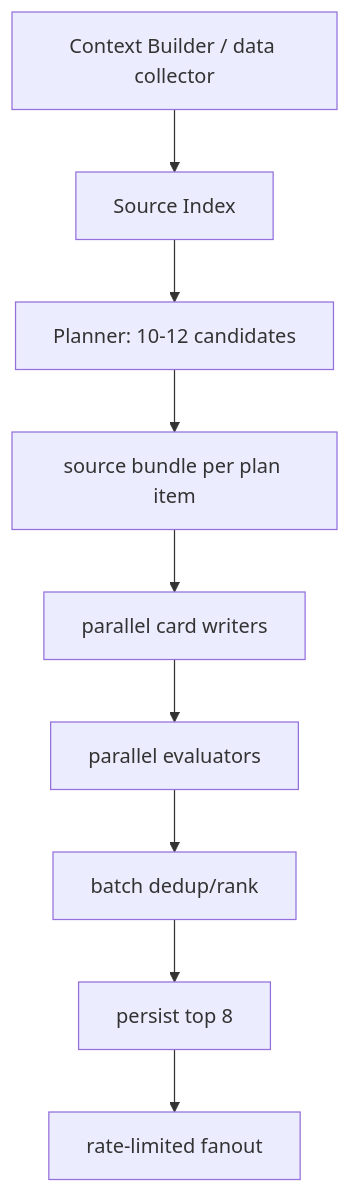
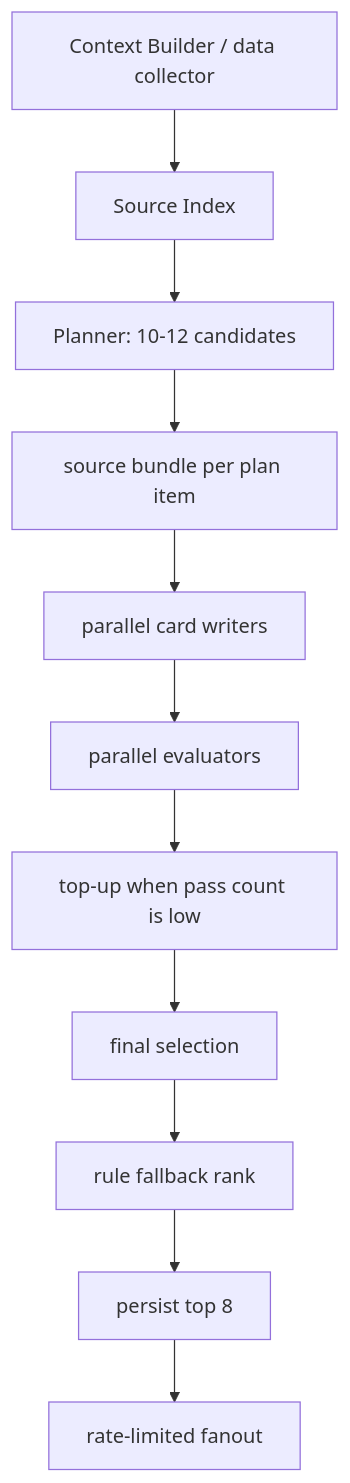
The diagram in docs/plans/2026-06-04-eight-card-generation-runtime.mdx (Edge-AI-HQ/proactive-assistant), drawn with Mermaid before and after one commit. The commit also changed other lines of this file and 5 other files, not shown here.

````diff
--- a/docs/plans/2026-06-04-eight-card-generation-runtime.mdx
+++ b/docs/plans/2026-06-04-eight-card-generation-runtime.mdx
@@ -44,11 +45,13 @@
 ```mermaid
 flowchart TD
   Collect["Context Builder / data collector"] --> Index["Source Index"]
   Index --> Plan["Planner: 10-12 candidates"]
   Plan --> Bundle["source bundle per plan item"]
   Bundle --> Writers["parallel card writers"]
   Writers --> Evals["parallel evaluators"]
-  Evals --> Rank["batch dedup/rank"]
+  Evals --> Topup["top-up when pass count is low"]
+  Topup --> Select["final selection"]
+  Select --> Rank["rule fallback rank"]
   Rank --> Persist["persist top 8"]
   Persist --> Fanout["rate-limited fanout"]
 ```
````
